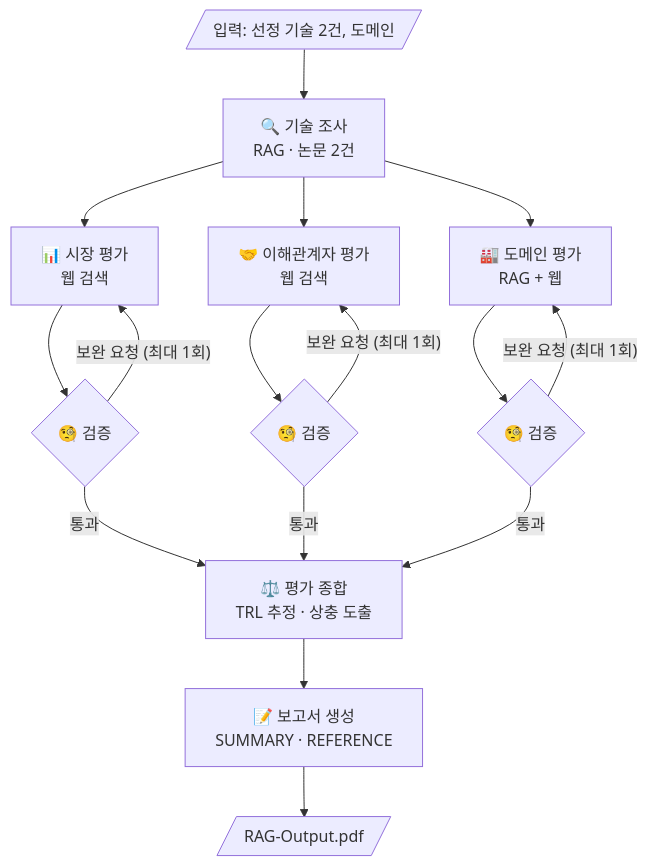
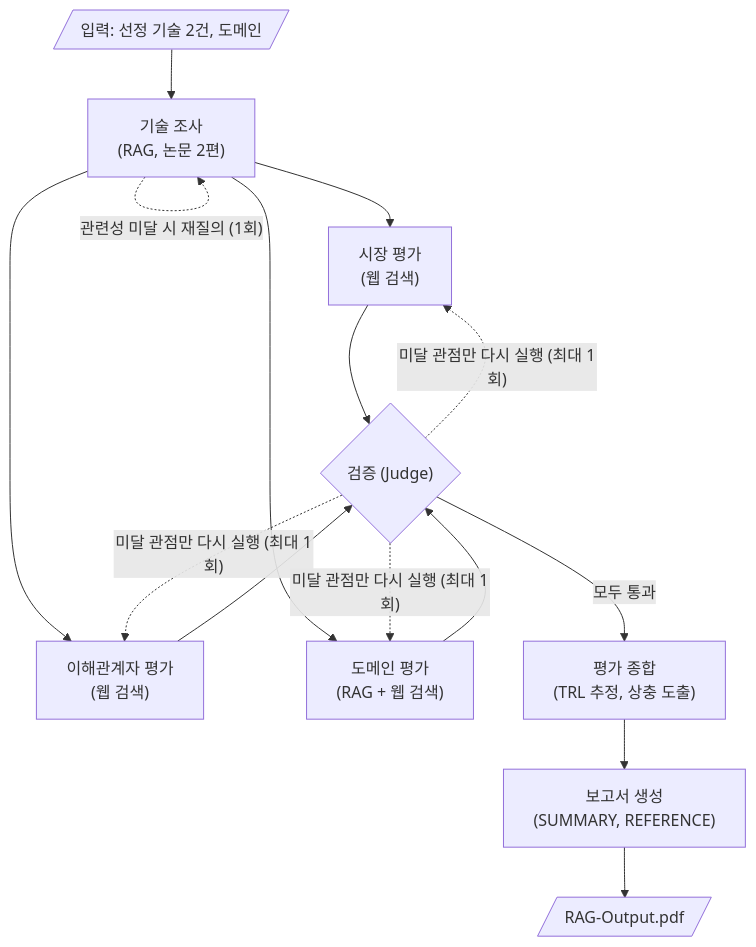
The diagram in README.md (yurad12/skala-kv-prism), drawn with Mermaid before and after one commit. The commit also changed other lines of this file and 5 other files, not shown here.

````diff
--- a/README.md
+++ b/README.md
@@ -56,18 +60,25 @@
 ```mermaid
 flowchart TD
-    IN[/입력: 선정 기술 2건, 도메인/] --> TR["🔍 기술 조사<br>RAG · 논문 2건"]
-    TR --> MK["📊 시장 평가<br>웹 검색"]
-    TR --> ST["🤝 이해관계자 평가<br>웹 검색"]
-    TR --> DM["🏭 도메인 평가<br>RAG + 웹"]
-    MK --> JM{🧐 검증}
-    ST --> JS{🧐 검증}
-    DM --> JD{🧐 검증}
-    JM -- "보완 요청 (최대 1회)" --> MK
-    JS -- "보완 요청 (최대 1회)" --> ST
-    JD -- "보완 요청 (최대 1회)" --> DM
-    JM -- 통과 --> SY["⚖️ 평가 종합<br>TRL 추정 · 상충 도출"]
-    JS -- 통과 --> SY
-    JD -- 통과 --> SY
-    SY --> RP["📝 보고서 생성<br>SUMMARY · REFERENCE"]
-    RP --> OUT[/RAG-Output.pdf/]
+    IN[/입력: 선정 기술 2건, 도메인/]
+    TR["기술 조사<br>(RAG, 논문 2편)"]
+    MK["시장 평가<br>(웹 검색)"]
+    ST["이해관계자 평가<br>(웹 검색)"]
+    DM["도메인 평가<br>(RAG + 웹 검색)"]
+    JG{"검증 (Judge)"}
+    SY["평가 종합<br>(TRL 추정, 상충 도출)"]
+    RP["보고서 생성<br>(SUMMARY, REFERENCE)"]
+    OUT[/RAG-Output.pdf/]
+
+    IN --> TR
+    TR --> MK
+    TR --> ST
+    TR --> DM
+    MK --> JG
+    ST --> JG
+    DM --> JG
+    JG -- "모두 통과" --> SY
+    JG -. "미달 관점만 다시 실행 (최대 1회)" .-> MK & ST & DM
+    TR -. "관련성 미달 시 재질의 (1회)" .-> TR
+    SY --> RP
+    RP --> OUT
 ```
````
